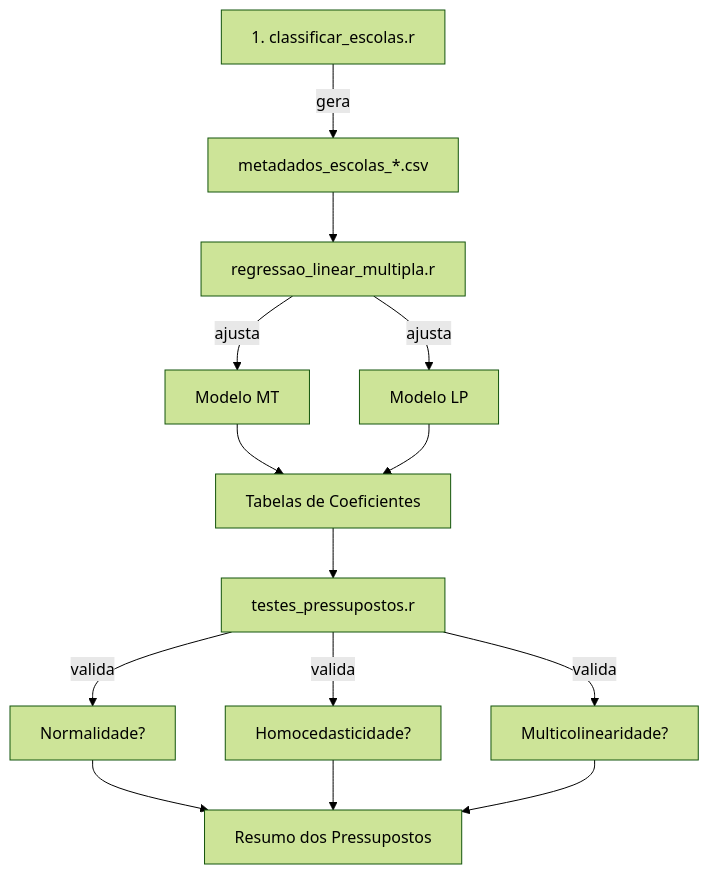
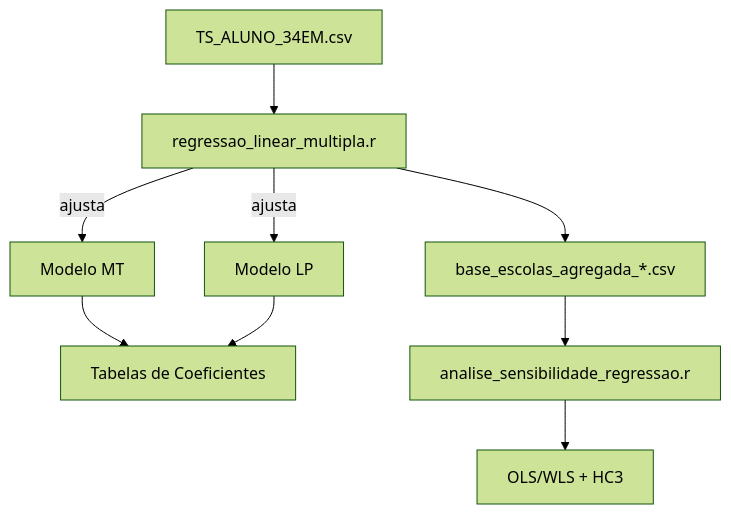
The diagram in TESTE/4_REGRESSAO_LINEAR/README.md (lcaruzo007/tcc), drawn with Mermaid (forest theme) before and after one commit. The commit also changed other lines of this file and 21395 other files, not shown here.

````diff
--- a/TESTE/4_REGRESSAO_LINEAR/README.md
+++ b/TESTE/4_REGRESSAO_LINEAR/README.md
@@ -303,16 +298,11 @@
 ```mermaid
 graph TD
-    A["1. classificar_escolas.r"] -->|gera| B["metadados_escolas_*.csv"]
-    B --> C["regressao_linear_multipla.r"]
+    A["TS_ALUNO_34EM.csv"] --> C["regressao_linear_multipla.r"]
     C -->|ajusta| D["Modelo MT"]
     C -->|ajusta| E["Modelo LP"]
     D --> F["Tabelas de Coeficientes"]
     E --> F
-    F --> G["testes_pressupostos.r"]
-    G -->|valida| H["Normalidade?"]
-    G -->|valida| I["Homocedasticidade?"]
-    G -->|valida| J["Multicolinearidade?"]
-    H --> K["Resumo dos Pressupostos"]
-    I --> K
-    J --> K
+    C --> B["base_escolas_agregada_*.csv"]
+    B --> G["analise_sensibilidade_regressao.r"]
+    G --> H["OLS/WLS + HC3"]
 ```
````
